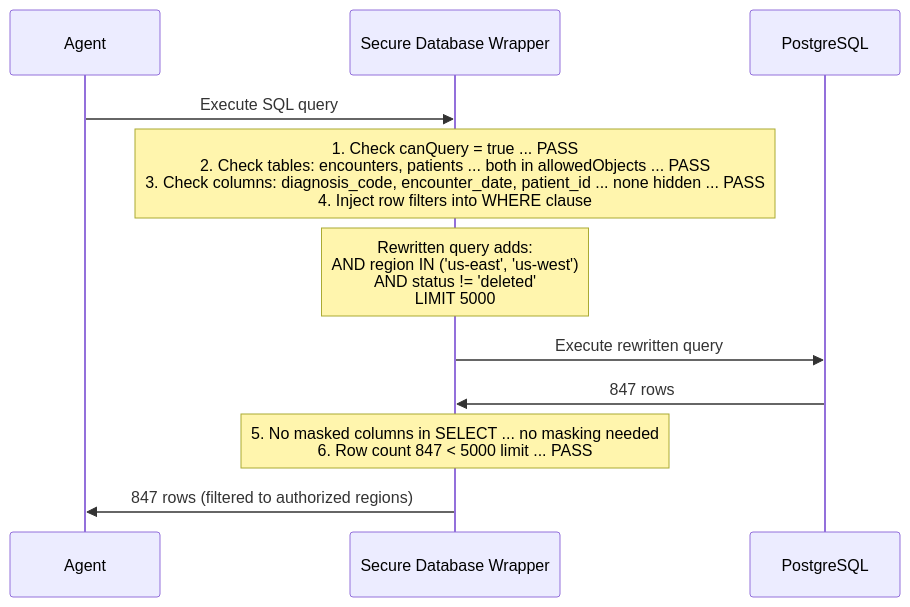
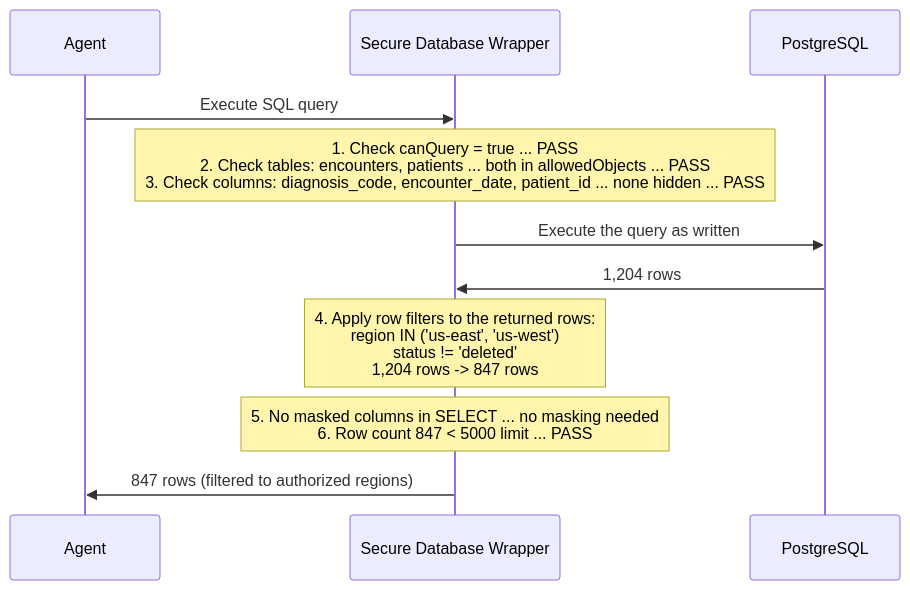
One commit to awslabs/tolap changed the seventh of 11 diagrams in docs/architecture.md. Above: the diagram before and after it, drawn with Mermaid. The commit also changed other lines of this file and 118 other files, not shown here.

````diff
--- a/docs/architecture.md
+++ b/docs/architecture.md
@@ -931,19 +936,19 @@
 ```mermaid
 sequenceDiagram
     participant Agent
     participant DBWrapper as Secure Database Wrapper
     participant PG as PostgreSQL
 
     Agent->>DBWrapper: Execute SQL query
 
-    Note over DBWrapper: 1. Check canQuery = true ... PASS<br/>2. Check tables: encounters, patients ... both in allowedObjects ... PASS<br/>3. Check columns: diagnosis_code, encounter_date, patient_id ... none hidden ... PASS<br/>4. Inject row filters into WHERE clause
+    Note over DBWrapper: 1. Check canQuery = true ... PASS<br/>2. Check tables: encounters, patients ... both in allowedObjects ... PASS<br/>3. Check columns: diagnosis_code, encounter_date, patient_id ... none hidden ... PASS
 
-    Note over DBWrapper: Rewritten query adds:<br/>AND region IN ('us-east', 'us-west')<br/>AND status != 'deleted'<br/>LIMIT 5000
+    DBWrapper->>PG: Execute the query as written
+    PG->>DBWrapper: 1,204 rows
 
-    DBWrapper->>PG: Execute rewritten query
-    PG->>DBWrapper: 847 rows
+    Note over DBWrapper: 4. Apply row filters to the returned rows:<br/>region IN ('us-east', 'us-west')<br/>status != 'deleted'<br/>1,204 rows -> 847 rows
 
     Note over DBWrapper: 5. No masked columns in SELECT ... no masking needed<br/>6. Row count 847 < 5000 limit ... PASS
 
     DBWrapper->>Agent: 847 rows (filtered to authorized regions)
 ```
````
